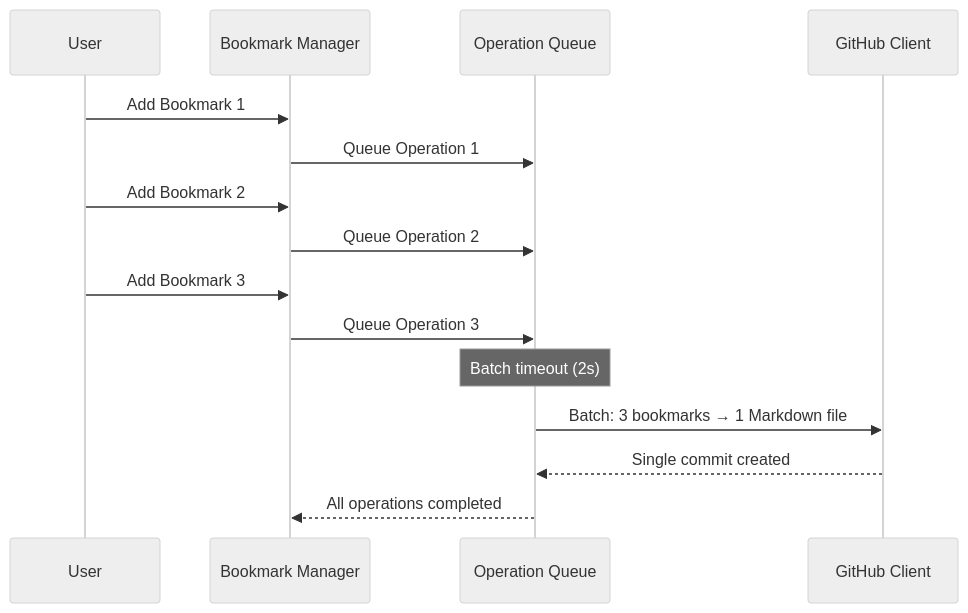
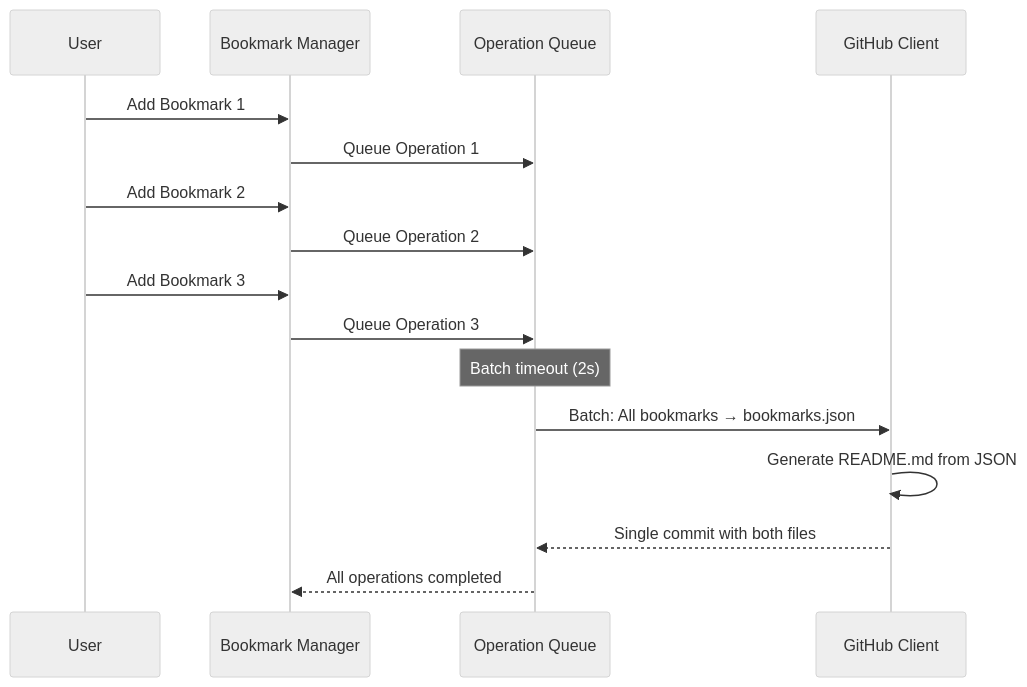
Before and after one commit to danlourenco/hubmarks: diagram 13 of 14 in docs/data-flow.md, drawn with Mermaid (neutral theme). The commit also changed other lines of this file and 5 other files, not shown here.

First line of the commit message:
docs: update all documentation for JSON-first architecture

````diff
--- a/docs/data-flow.md
+++ b/docs/data-flow.md
@@ -330,20 +371,21 @@
 ```mermaid
 sequenceDiagram
     participant User
     participant BM as Bookmark Manager
     participant Queue as Operation Queue
     participant GitHub as GitHub Client
     
     User->>BM: Add Bookmark 1
     BM->>Queue: Queue Operation 1
     User->>BM: Add Bookmark 2  
     BM->>Queue: Queue Operation 2
     User->>BM: Add Bookmark 3
     BM->>Queue: Queue Operation 3
     
     Note over Queue: Batch timeout (2s)
     
-    Queue->>GitHub: Batch: 3 bookmarks → 1 Markdown file
-    GitHub-->>Queue: Single commit created
+    Queue->>GitHub: Batch: All bookmarks → bookmarks.json
+    GitHub->>GitHub: Generate README.md from JSON
+    GitHub-->>Queue: Single commit with both files
     Queue-->>BM: All operations completed
 ```
````
